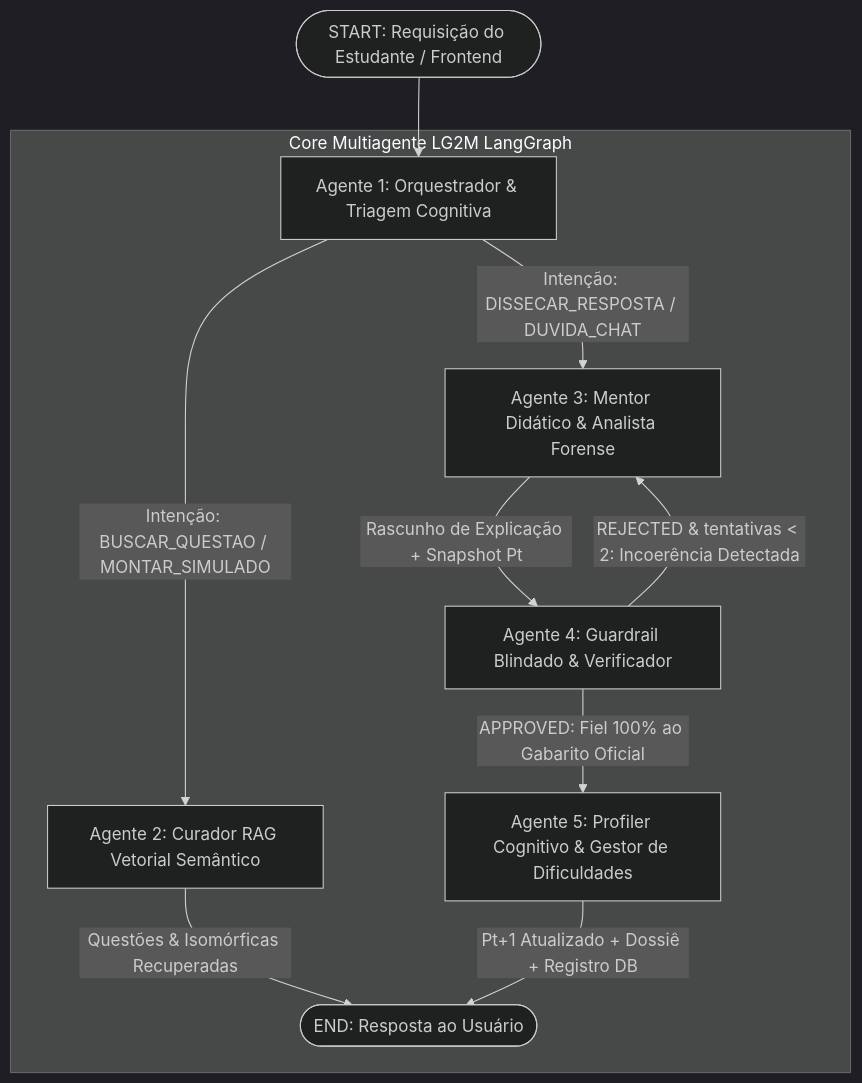
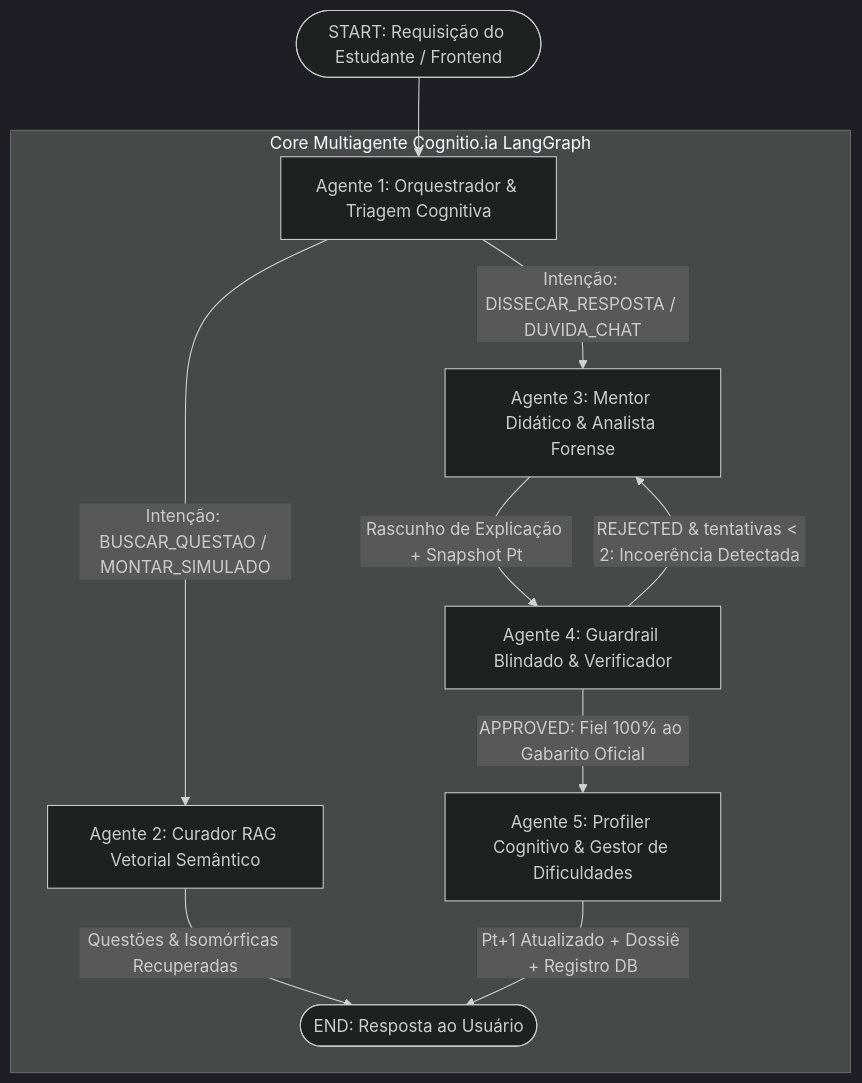
The diagram in README.md (LG2M-Agente/lg2m), drawn with Mermaid (dark theme) before and after one commit. The commit also changed other lines of this file and 6 other files, not shown here.

````diff
--- a/README.md
+++ b/README.md
@@ -27,20 +27,20 @@
 ```mermaid
 flowchart TD
     Start([START: Requisição do Estudante / Frontend]) --> RouterNode
 
-    subgraph Core Multiagente LG2M LangGraph
+    subgraph Core Multiagente Cognitio.ia LangGraph
         RouterNode[Agente 1: Orquestrador & Triagem Cognitiva]
         
         RouterNode -->|Intenção: BUSCAR_QUESTAO / MONTAR_SIMULADO| RetrieverNode[Agente 2: Curador RAG Vetorial Semântico]
         RouterNode -->|Intenção: DISSECAR_RESPOSTA / DUVIDA_CHAT| MentorNode[Agente 3: Mentor Didático & Analista Forense]
         
         RetrieverNode -->|Questões & Isomórficas Recuperadas| EndNode([END: Resposta ao Usuário])
         
         MentorNode -->|Rascunho de Explicação + Snapshot Pt| GuardrailNode[Agente 4: Guardrail Blindado & Verificador]
         
         GuardrailNode -->|APPROVED: Fiel 100% ao Gabarito Oficial| ProfilerNode[Agente 5: Profiler Cognitivo & Gestor de Dificuldades]
         GuardrailNode -->|REJECTED & tentativas < 2: Incoerência Detectada| MentorNode
         
         ProfilerNode -->|Pt+1 Atualizado + Dossiê + Registro DB| EndNode
     end
 ```
````
